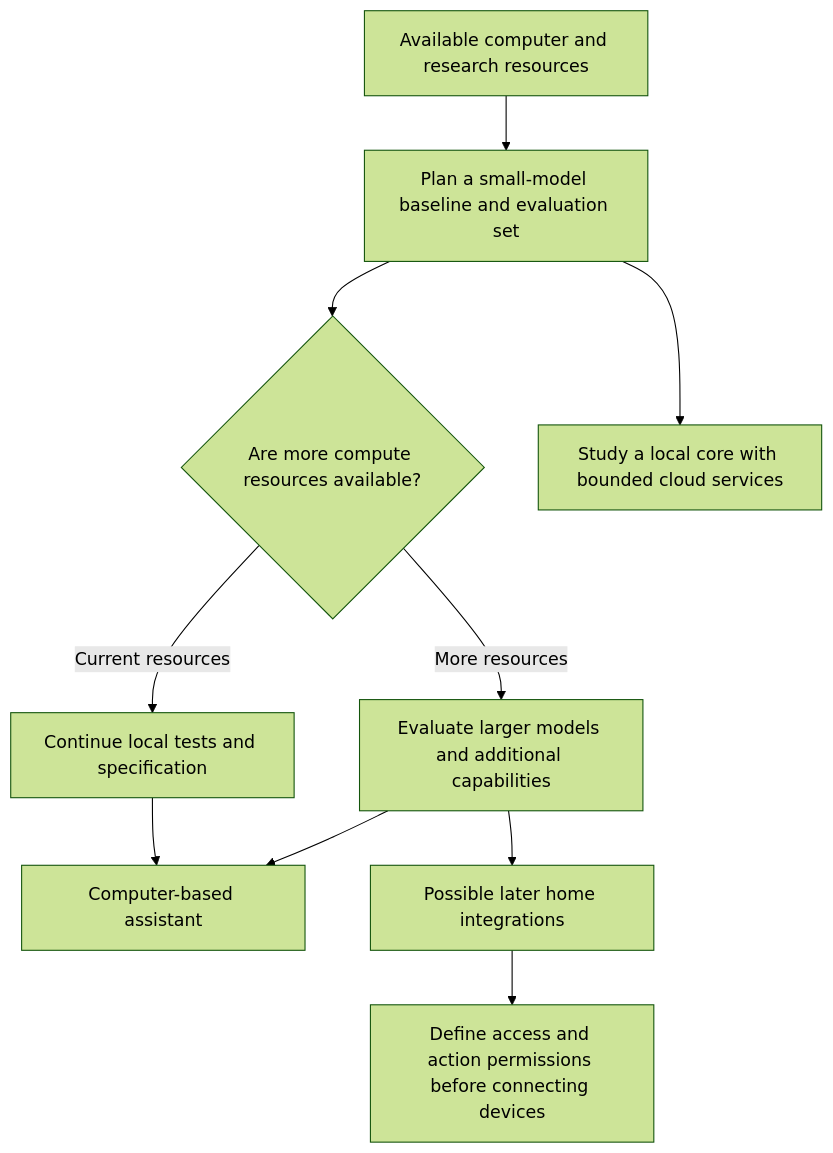
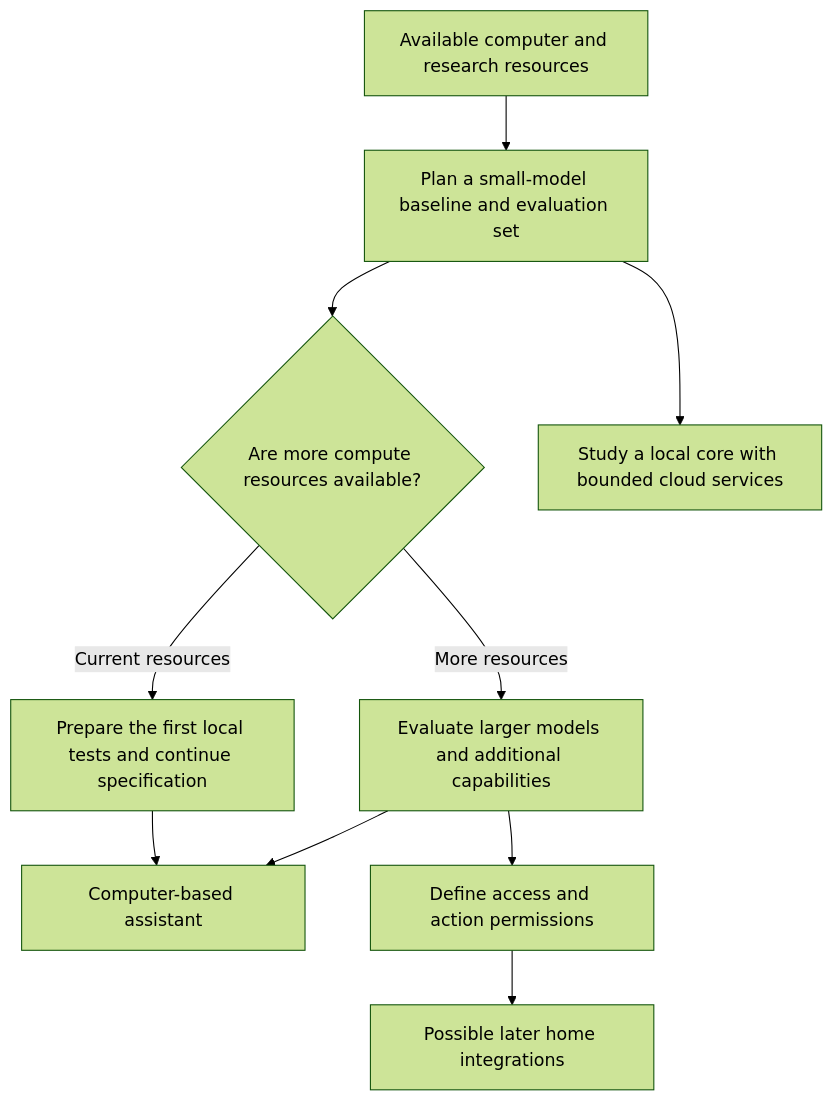
One commit to oleksandraponomarenko/local-llm-lab-showcase changed the first of 2 diagrams in roadmap/README.md. Above: the diagram before and after it, drawn with Mermaid (forest theme). The commit also changed other lines of this file and 3 other files, not shown here.

Commit message:
Refine showcase navigation, roadmap and evidence links

````diff
--- a/roadmap/README.md
+++ b/roadmap/README.md
@@ -11,12 +11,12 @@
 ```mermaid
 flowchart TD
     Start["Available computer and research resources"] --> Base["Plan a small-model baseline and evaluation set"]
     Base --> Resources{"Are more compute resources available?"}
-    Resources -->|Current resources| Continue["Continue local tests and specification"]
+    Resources -->|Current resources| Continue["Prepare the first local tests and continue specification"]
     Resources -->|More resources| Scale["Evaluate larger models and additional capabilities"]
     Base --> Hybrid["Study a local core with bounded cloud services"]
     Continue --> Computer["Computer-based assistant"]
     Scale --> Computer
-    Scale --> Home["Possible later home integrations"]
-    Home --> Access["Define access and action permissions before connecting devices"]
+    Scale --> Access["Define access and action permissions"]
+    Access --> Home["Possible later home integrations"]
 ```
````
